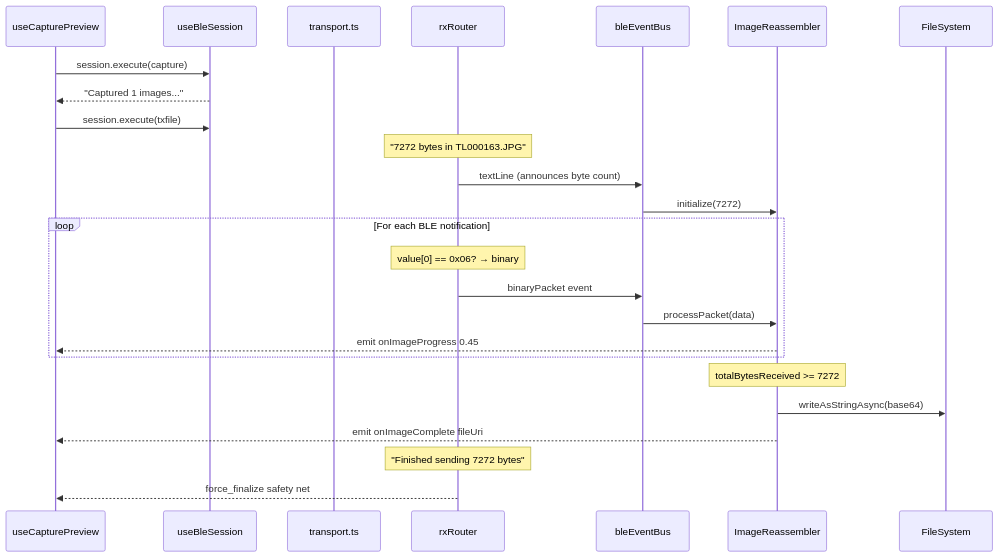
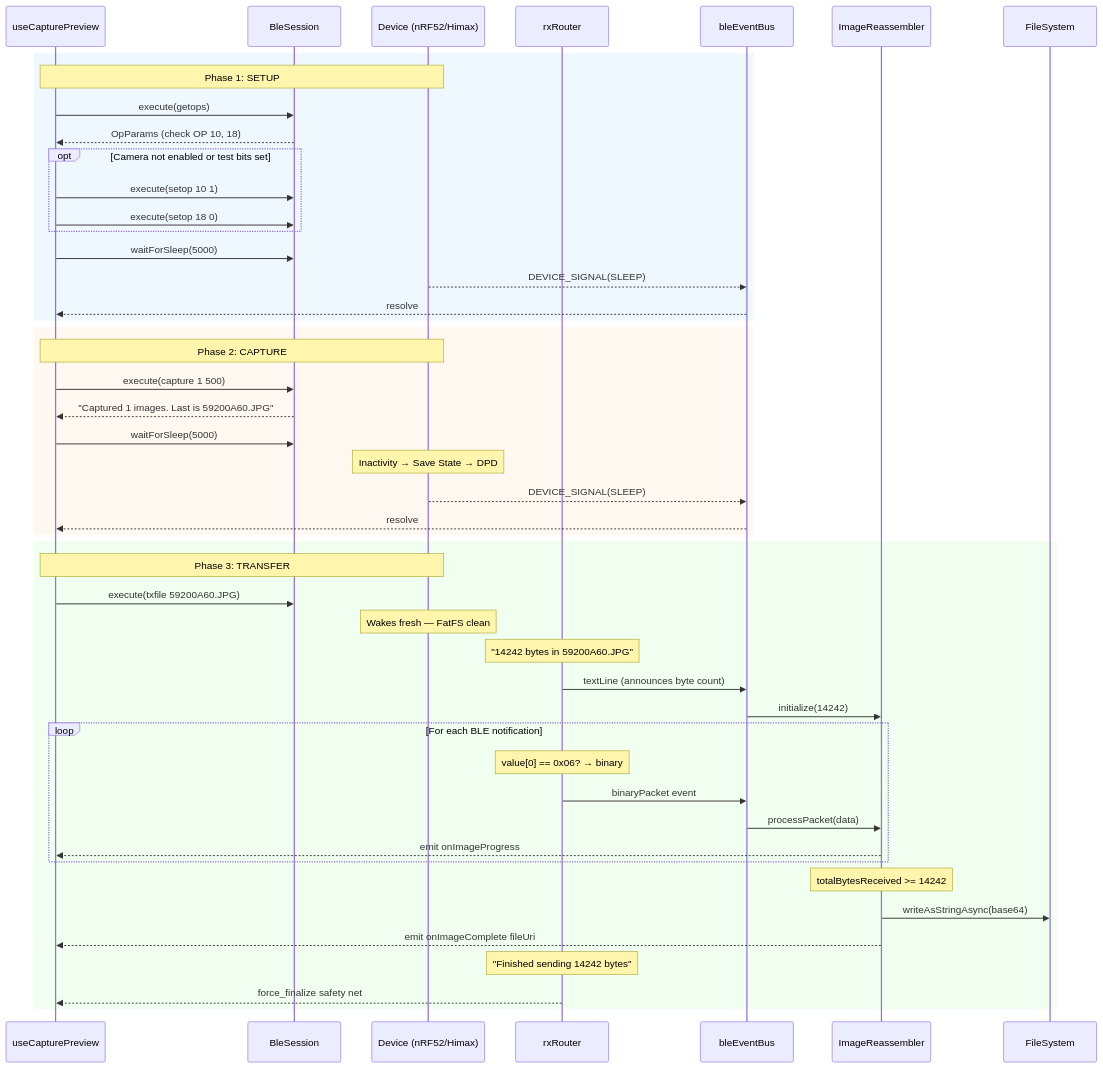
Before and after one commit to wildlifeai/ww-mobile-app: the third of 5 diagrams in documentation/resources/BLE_Architecture.md, drawn with Mermaid. The commit also changed other lines of this file and 2 other files, not shown here.

Commit message:
fix(ble): phased capture preview flow to prevent FatFS race condition
Restructure capture preview into three phases (Setup → Capture → Transfer)
separated by device sleep cycles. Each phase lets the Himax complete its
Save State + DPD cycle before the next command arrives, preventing the
FR_INVALID_OBJECT error where txfile's file handle was corrupted by a
concurrent save_configuration().

Fix waitForSleep using dynamic import() which deferred the event handler
to a microtask, causing every call to time out at 5s instead of resolving
when the Sleep signal arrived (~1s).

````diff
--- a/documentation/resources/BLE_Architecture.md
+++ b/documentation/resources/BLE_Architecture.md
@@ -118,31 +120,56 @@
 ```mermaid
 sequenceDiagram
     participant UI as useCapturePreview
-    participant Sess as useBleSession
-    participant TX as transport.ts
+    participant Sess as BleSession
+    participant Dev as Device (nRF52/Himax)
     participant Router as rxRouter
     participant Bus as bleEventBus
     participant IR as ImageReassembler
     participant FS as FileSystem
 
-    UI->>Sess: session.execute(capture)
-    Sess-->>UI: "Captured 1 images..."
-    UI->>Sess: session.execute(txfile)
-    Note over Router: "7272 bytes in TL000163.JPG"
+    rect rgb(240, 248, 255)
+    Note over UI,Dev: Phase 1: SETUP
+    UI->>Sess: execute(getops)
+    Sess-->>UI: OpParams (check OP 10, 18)
+    opt Camera not enabled or test bits set
+        UI->>Sess: execute(setop 10 1)
+        UI->>Sess: execute(setop 18 0)
+    end
+    UI->>Sess: waitForSleep(5000)
+    Dev-->>Bus: DEVICE_SIGNAL(SLEEP)
+    Bus-->>UI: resolve
+    end
+
+    rect rgb(255, 248, 240)
+    Note over UI,Dev: Phase 2: CAPTURE
+    UI->>Sess: execute(capture 1 500)
+    Sess-->>UI: "Captured 1 images. Last is 59200A60.JPG"
+    UI->>Sess: waitForSleep(5000)
+    Note over Dev: Inactivity → Save State → DPD
+    Dev-->>Bus: DEVICE_SIGNAL(SLEEP)
+    Bus-->>UI: resolve
+    end
+
+    rect rgb(240, 255, 240)
+    Note over UI,Dev: Phase 3: TRANSFER
+    UI->>Sess: execute(txfile 59200A60.JPG)
+    Note over Dev: Wakes fresh — FatFS clean
+    Note over Router: "14242 bytes in 59200A60.JPG"
     Router->>Bus: textLine (announces byte count)
-    Bus->>IR: initialize(7272)
+    Bus->>IR: initialize(14242)
 
     loop For each BLE notification
         Note over Router: value[0] == 0x06? → binary
         Router->>Bus: binaryPacket event
         Bus->>IR: processPacket(data)
-        IR-->>UI: emit onImageProgress 0.45
+        IR-->>UI: emit onImageProgress
     end
 
-    Note over IR: totalBytesReceived >= 7272
+    Note over IR: totalBytesReceived >= 14242
     IR->>FS: writeAsStringAsync(base64)
     IR-->>UI: emit onImageComplete fileUri
 
-    Note over Router: "Finished sending 7272 bytes"
+    Note over Router: "Finished sending 14242 bytes"
     Router-->>UI: force_finalize safety net
+    end
 ```
````
